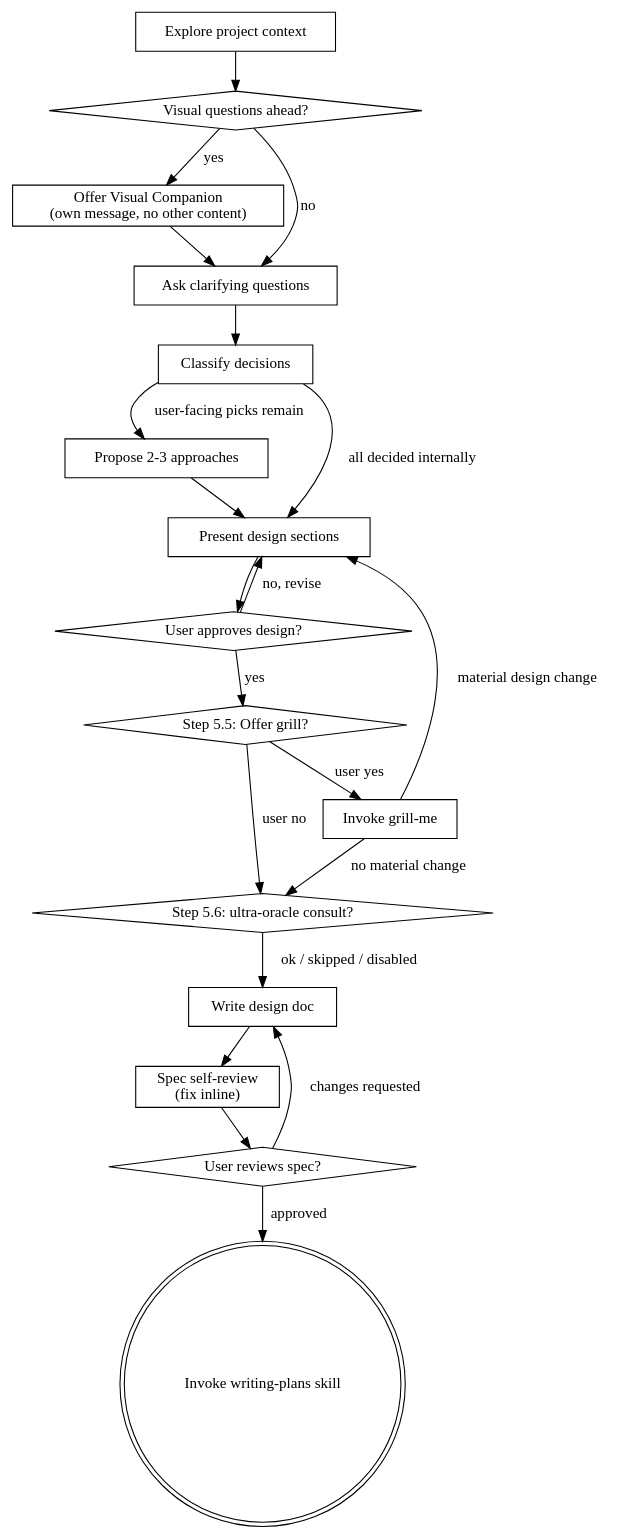
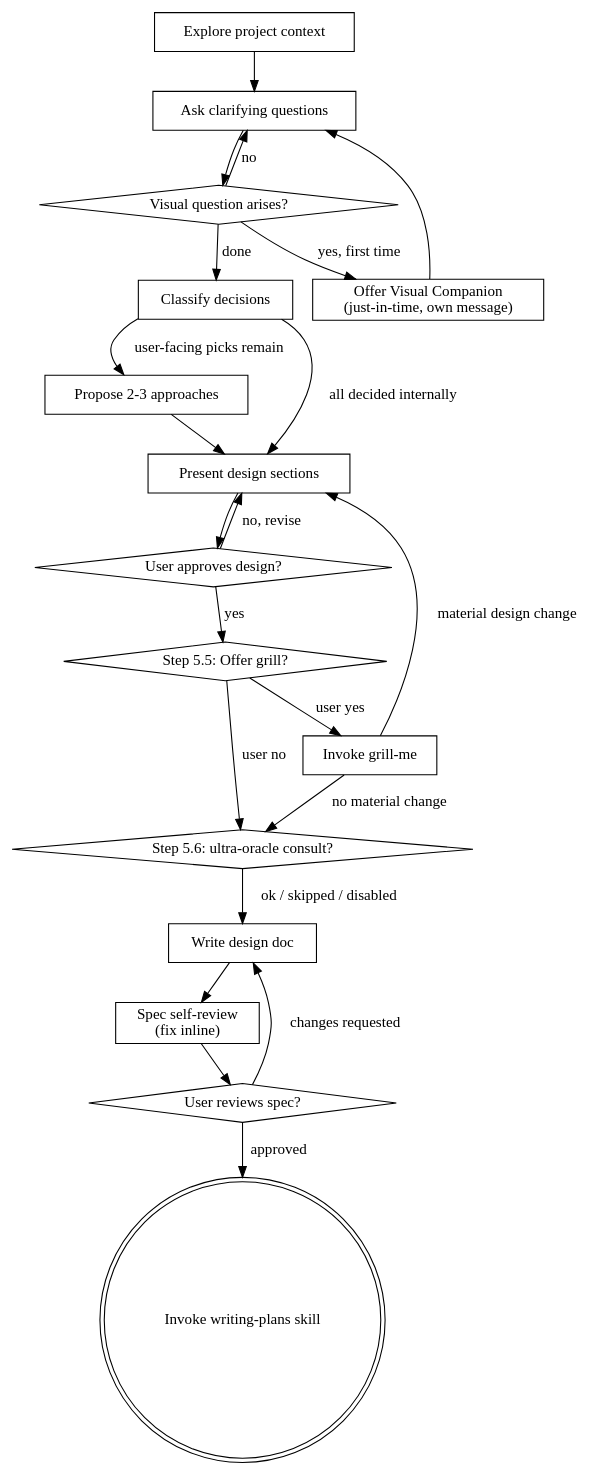
One commit to chris-yyau/busdriver changed the diagram in skills/brainstorming/SKILL.md. Above: the diagram before and after it, drawn with Graphviz. The commit also changed other lines of this file and 33 other files, not shown here.

````diff
--- a/skills/brainstorming/SKILL.md
+++ b/skills/brainstorming/SKILL.md
@@ -46,40 +46,41 @@
 ```dot
 digraph brainstorming {
     "Explore project context" [shape=box];
-    "Visual questions ahead?" [shape=diamond];
-    "Offer Visual Companion\n(own message, no other content)" [shape=box];
+    "Visual question arises?" [shape=diamond];
+    "Offer Visual Companion\n(just-in-time, own message)" [shape=box];
     "Ask clarifying questions" [shape=box];
     "Classify decisions" [shape=box];
     "Propose 2-3 approaches" [shape=box];
     "Present design sections" [shape=box];
     "User approves design?" [shape=diamond];
     "Step 5.5: Offer grill?" [shape=diamond];
     "Invoke grill-me" [shape=box];
     "Step 5.6: ultra-oracle consult?" [shape=diamond];
     "Write design doc" [shape=box];
     "Spec self-review\n(fix inline)" [shape=box];
     "User reviews spec?" [shape=diamond];
     "Invoke writing-plans skill" [shape=doublecircle];
 
-    "Explore project context" -> "Visual questions ahead?";
-    "Visual questions ahead?" -> "Offer Visual Companion\n(own message, no other content)" [label="yes"];
-    "Visual questions ahead?" -> "Ask clarifying questions" [label="no"];
-    "Offer Visual Companion\n(own message, no other content)" -> "Ask clarifying questions";
-    "Ask clarifying questions" -> "Classify decisions";
+    "Explore project context" -> "Ask clarifying questions";
+    "Ask clarifying questions" -> "Visual question arises?";
+    "Visual question arises?" -> "Offer Visual Companion\n(just-in-time, own message)" [label="yes, first time"];
+    "Offer Visual Companion\n(just-in-time, own message)" -> "Ask clarifying questions";
+    "Visual question arises?" -> "Ask clarifying questions" [label="no"];
+    "Visual question arises?" -> "Classify decisions" [label="done"];
     "Classify decisions" -> "Propose 2-3 approaches" [label="user-facing picks remain"];
     "Classify decisions" -> "Present design sections" [label="all decided internally"];
     "Propose 2-3 approaches" -> "Present design sections";
     "Present design sections" -> "User approves design?";
     "User approves design?" -> "Present design sections" [label="no, revise"];
     "User approves design?" -> "Step 5.5: Offer grill?" [label="yes"];
     "Step 5.5: Offer grill?" -> "Invoke grill-me" [label="user yes"];
     "Step 5.5: Offer grill?" -> "Step 5.6: ultra-oracle consult?" [label="user no"];
     "Invoke grill-me" -> "Present design sections" [label="material design change"];
     "Invoke grill-me" -> "Step 5.6: ultra-oracle consult?" [label="no material change"];
     "Step 5.6: ultra-oracle consult?" -> "Write design doc" [label="ok / skipped / disabled"];
     "Write design doc" -> "Spec self-review\n(fix inline)";
     "Spec self-review\n(fix inline)" -> "User reviews spec?";
     "User reviews spec?" -> "Write design doc" [label="changes requested"];
     "User reviews spec?" -> "Invoke writing-plans skill" [label="approved"];
 }
 ```
````
